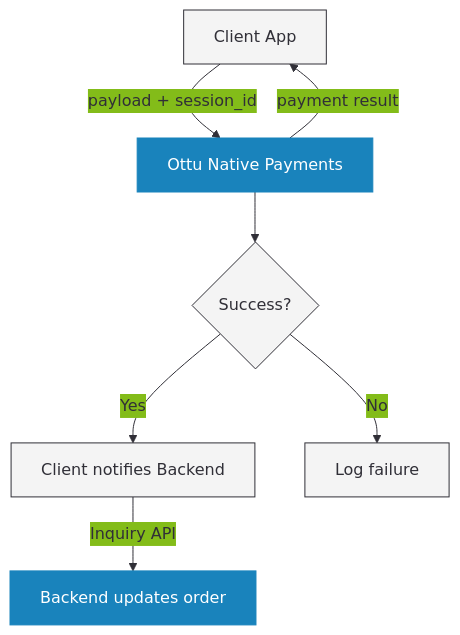
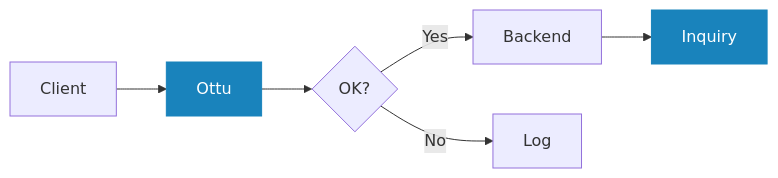
Before and after one commit to ottuco/docs: the first of 2 diagrams in docs/developers/payments/native-payments.md, drawn with Mermaid. The commit also changed other lines of this file and 11 other files, not shown here.

First line of the commit message:
unify page structure, fix mermaid text truncation, add language dropdown

````diff
--- a/docs/developers/payments/native-payments.md
+++ b/docs/developers/payments/native-payments.md
@@ -44,15 +69,11 @@
 ```mermaid
-%%{init: {"theme": "base", "themeVariables": {"background": "#F4F4F4", "primaryColor": "#1983BC", "primaryTextColor": "#302F37", "primaryBorderColor": "#302F37", "lineColor": "#302F37"}}}%%
-flowchart TD
-    A[Client App] -->|payload + session_id| B[Ottu Native Payments]
-    B -->|payment result| A
-    B --> C{Success?}
-    C -->|Yes| D[Client notifies Backend]
-    C -->|No| E[Log failure]
-    D -->|Inquiry API| F[Backend updates order]
+graph LR
+    A[Client] --> B[Ottu]
+    B --> C{OK?}
+    C -- Yes --> D[Backend]
+    C -- No --> E[Log]
+    D --> F[Inquiry]
 
-    classDef ottu fill:#1983BC,color:#FFF,stroke:#1983BC
-    classDef default fill:#F4F4F4,color:#302F37,stroke:#302F37
-
+    classDef ottu fill:#1983BC,color:#fff,stroke:#1983BC
     class B,F ottu
 ```
````
